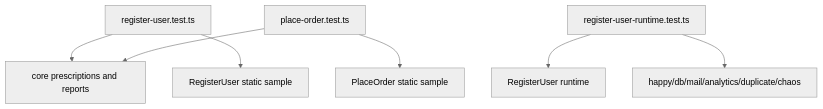
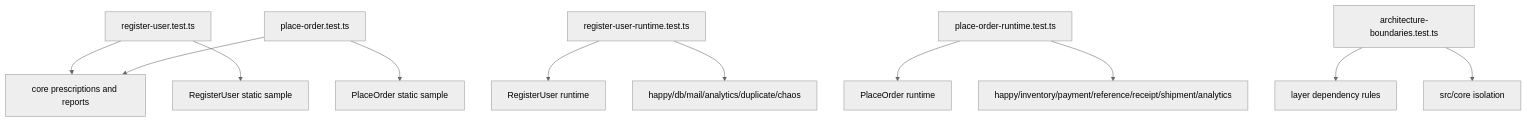
Before and after one commit to hayashikentaro/effect-junction: the eighth of 9 diagrams in docs/11-implementation-map.md, drawn with Mermaid (neutral theme). The commit also changed other lines of this file, not shown here.

Commit message:
Update implementation map for current runtime state

````diff
--- a/docs/11-implementation-map.md
+++ b/docs/11-implementation-map.md
@@ -276,10 +265,14 @@
 ```mermaid
 flowchart TB
   RegisterModel[register-user.test.ts] --> CoreReports[core prescriptions and reports]
   PlaceModel[place-order.test.ts] --> CoreReports
-  RuntimeTests[register-user-runtime.test.ts] --> RegisterRuntime[RegisterUser runtime]
+  RegisterRuntimeTests[register-user-runtime.test.ts] --> RegisterRuntime[RegisterUser runtime]
+  PlaceRuntimeTests[place-order-runtime.test.ts] --> PlaceOrderRuntime[PlaceOrder runtime]
+  ArchitectureTests[architecture-boundaries.test.ts] --> Boundaries[layer dependency rules]
 
   RegisterModel --> RegisterStatic[RegisterUser static sample]
   PlaceModel --> PlaceStatic[PlaceOrder static sample]
-  RuntimeTests --> Scenarios[happy/db/mail/analytics/duplicate/chaos]
+  RegisterRuntimeTests --> RegisterScenarios[happy/db/mail/analytics/duplicate/chaos]
+  PlaceRuntimeTests --> PlaceScenarios[happy/inventory/payment/reference/receipt/shipment/analytics]
+  ArchitectureTests --> CoreBoundary[src/core isolation]
 ```
````
